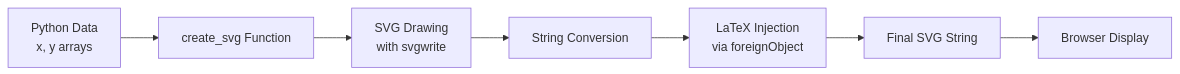
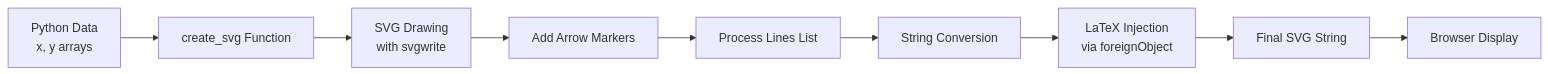
The second of 4 diagrams in experiments/multi-tentative/README.md (pointcarre-app/nagini), drawn with Mermaid before and after one commit. The commit also changed other lines of this file and 20 other files, not shown here.

````diff
--- a/experiments/multi-tentative/README.md
+++ b/experiments/multi-tentative/README.md
@@ -53,9 +81,11 @@
 ```mermaid
 graph LR
     A[Python Data<br/>x, y arrays] --> B[create_svg Function]
     B --> C[SVG Drawing<br/>with svgwrite]
-    C --> D[String Conversion]
-    D --> E[LaTeX Injection<br/>via foreignObject]
-    E --> F[Final SVG String]
-    F --> G[Browser Display]
+    C --> D[Add Arrow Markers]
+    D --> E[Process Lines List]
+    E --> F[String Conversion]
+    F --> G[LaTeX Injection<br/>via foreignObject]
+    G --> H[Final SVG String]
+    H --> I[Browser Display]
 ```
````
